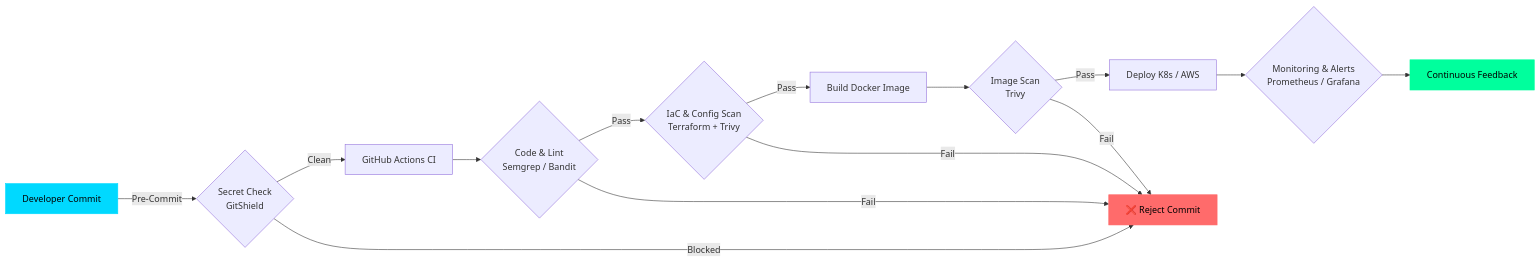
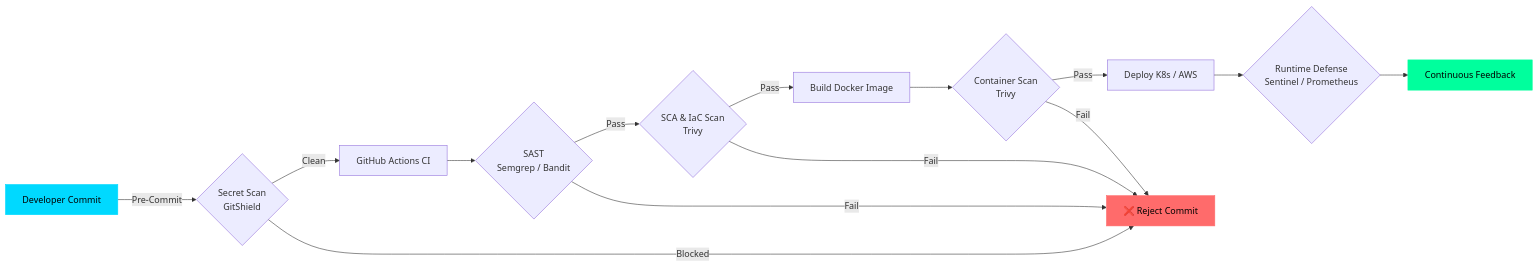
The diagram in README.md (NejamulHaque/NejamulHaque), drawn with Mermaid before and after one commit. The commit also changed other lines of this file, not shown here.

````diff
--- a/README.md
+++ b/README.md
@@ -171,20 +171,20 @@
 ```mermaid
 graph LR
-    A[Developer Commit] -->|Pre-Commit| B{Secret Check<br/>GitShield}
+    A[Developer Commit] -->|Pre-Commit| B{Secret Scan<br/>GitShield}
     B -->|Clean| C[GitHub Actions CI]
-    C --> D{Code & Lint<br/>Semgrep / Bandit}
-    D -->|Pass| E{IaC & Config Scan<br/>Terraform + Trivy}
+    C --> D{SAST<br/>Semgrep / Bandit}
+    D -->|Pass| E{SCA & IaC Scan<br/>Trivy}
     E -->|Pass| F[Build Docker Image]
-    F --> G{Image Scan<br/>Trivy}
+    F --> G{Container Scan<br/>Trivy}
     G -->|Pass| H[Deploy K8s / AWS]
-    H --> I{Monitoring & Alerts<br/>Prometheus / Grafana}
+    H --> I{Runtime Defense<br/>Sentinel / Prometheus}
     I --> J[Continuous Feedback]
     B -->|Blocked| K[❌ Reject Commit]
     D -->|Fail| K
     E -->|Fail| K
     G -->|Fail| K
 
     style A fill:#00D9FF,stroke:#00D9FF,color:#000
     style J fill:#00FF9D,stroke:#00FF9D,color:#000
     style K fill:#FF6B6B,stroke:#FF6B6B,color:#000
 ```
````
